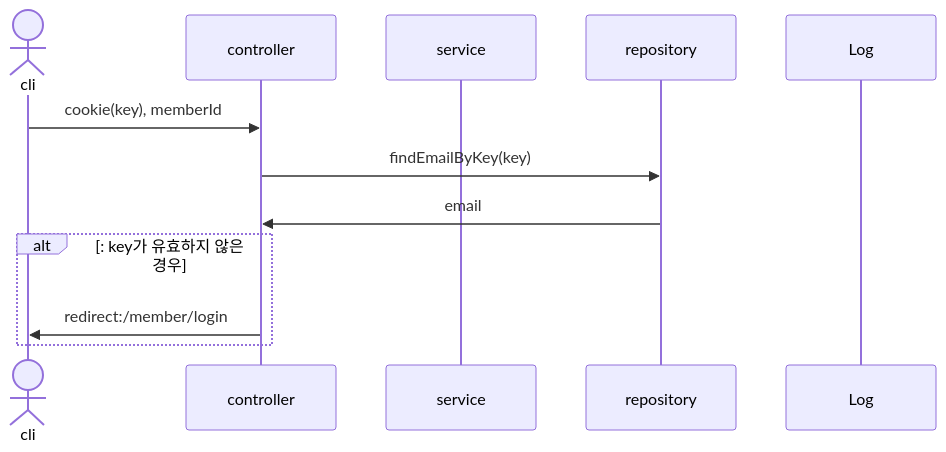
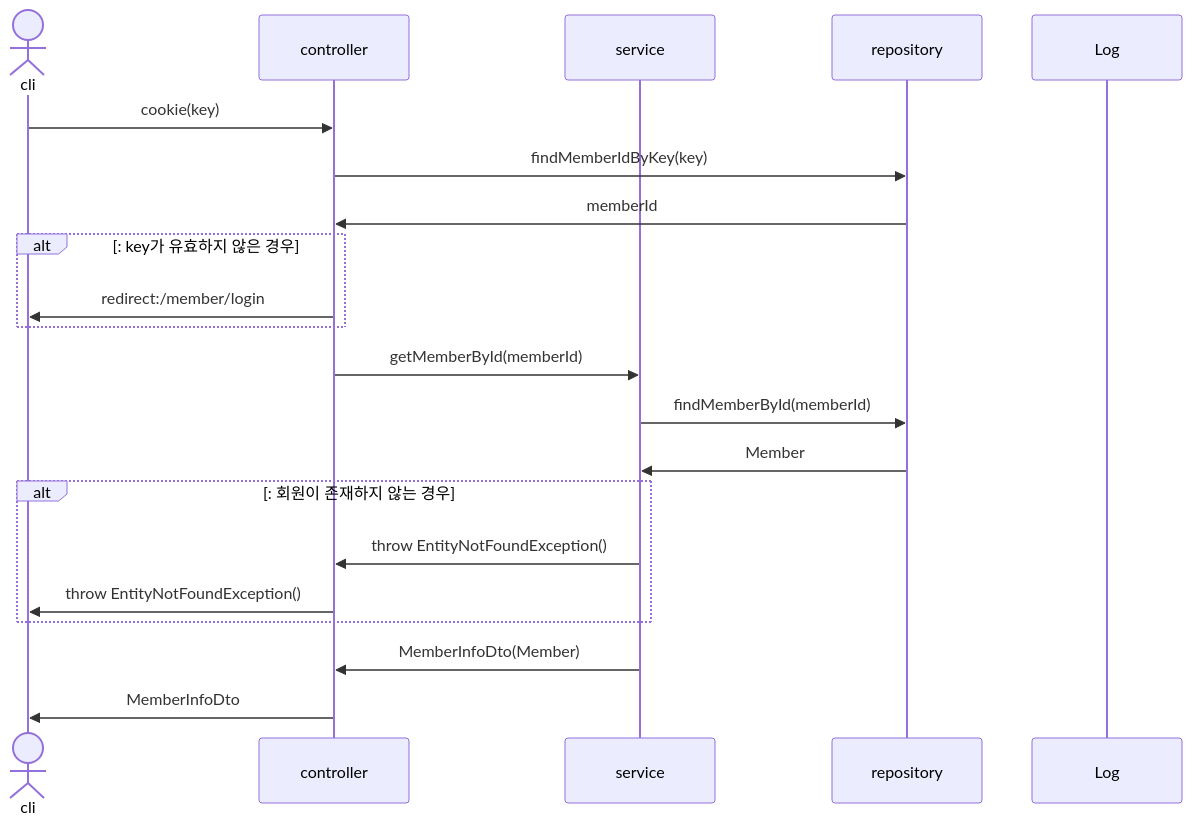
The eighth of 31 diagrams in sequence.md (mtak0235/snsX), drawn with Mermaid before and after one commit. The commit also changed other lines of this file, not shown here.

Commit message:
update modifyMemberForm & modifyMember sequence diagram

````diff
--- a/sequence.md
+++ b/sequence.md
@@ -159,15 +159,24 @@
 ```mermaid
 sequenceDiagram
 actor cli
 participant c as controller
 participant s as service
 participant r as repository
 participant l as Log
 
-cli->>c: cookie(key), memberId
-c->>r: findEmailByKey(key)
-r->>c: email
+cli->>c: cookie(key)
+c->>r: findMemberIdByKey(key)
+r->>c: memberId
 alt: key가 유효하지 않은 경우
 c->>cli: redirect:/member/login
 end
+c->>s: getMemberById(memberId)
+s->>r: findMemberById(memberId)
+r->>s: Member
+alt: 회원이 존재하지 않는 경우
+s->>c: throw EntityNotFoundException()
+c->>cli: throw EntityNotFoundException()
+end
+s->>c: MemberInfoDto(Member)
+c->>cli: MemberInfoDto
 ```
````
